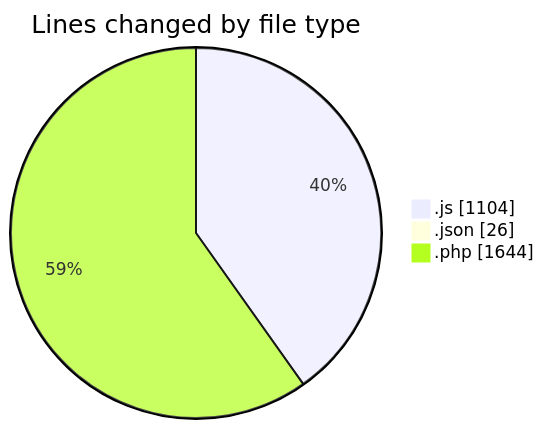
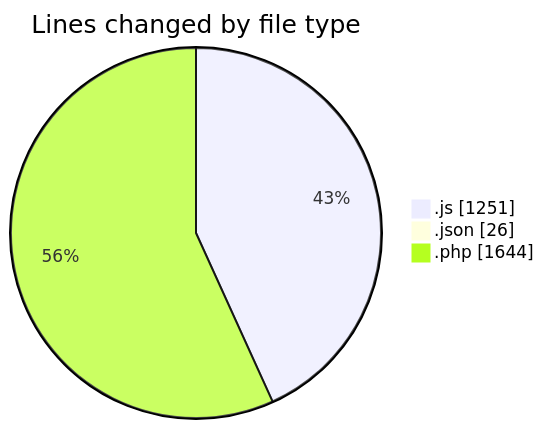
One commit to debugP/code-tracking changed the first of 2 diagrams in 2025-10-01/untitled__workspace_/README.md. Above: the diagram before and after it, drawn with Mermaid. The commit also changed other lines of this file and 1 other file, not shown here.

````diff
--- a/2025-10-01/untitled__workspace_/README.md
+++ b/2025-10-01/untitled__workspace_/README.md
@@ -27,7 +27,7 @@
 ```mermaid
 pie showData
 title Lines changed by file type
-".js" : 1104
+".js" : 1251
 ".json" : 26
 ".php" : 1644
 ```
````
